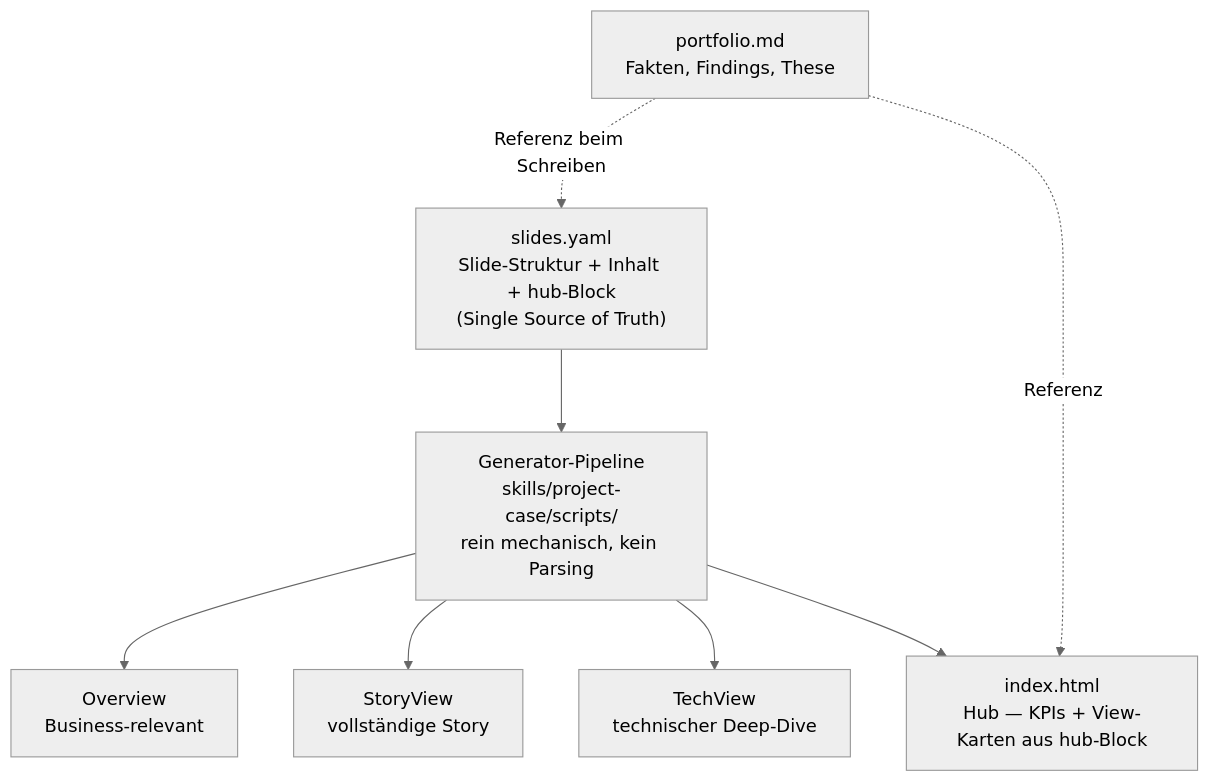
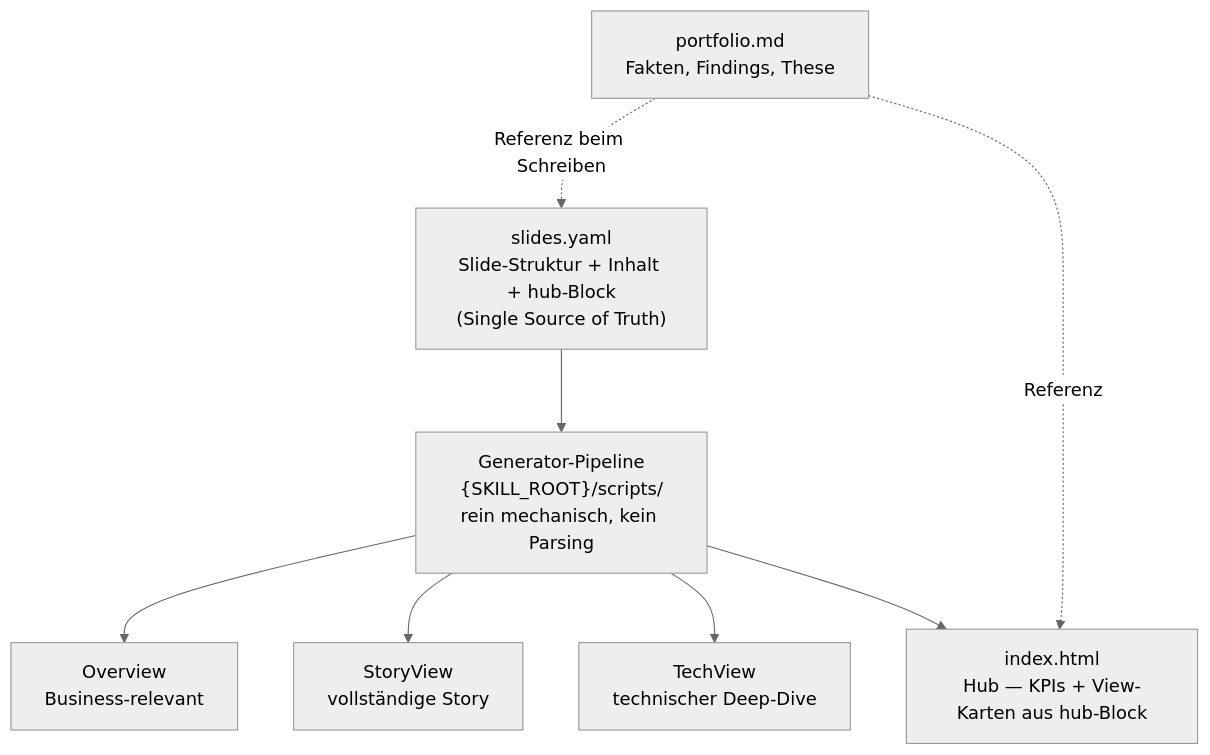
The diagram in project-case/build-pipeline.md (kaywiegand/wgnd-skills), drawn with Mermaid (neutral theme) before and after one commit. The commit also changed other lines of this file and 2 other files, not shown here.

First line of the commit message:
fix: complete SKILL_ROOT conversion, sync artifact model to real pipeline

````diff
--- a/project-case/build-pipeline.md
+++ b/project-case/build-pipeline.md
@@ -32,10 +32,10 @@
 ```mermaid
 flowchart TD
     A["portfolio.md<br/>Fakten, Findings, These"] -.Referenz beim Schreiben.-> B
     B["slides.yaml<br/>Slide-Struktur + Inhalt + hub-Block<br/>(Single Source of Truth)"] --> C
-    C["Generator-Pipeline<br/>skills/project-case/scripts/<br/>rein mechanisch, kein Parsing"] --> D["Overview<br/>Business-relevant"]
+    C["Generator-Pipeline<br/>{SKILL_ROOT}/scripts/<br/>rein mechanisch, kein Parsing"] --> D["Overview<br/>Business-relevant"]
     C --> E["StoryView<br/>vollständige Story"]
     C --> F["TechView<br/>technischer Deep-Dive"]
     C --> G["index.html<br/>Hub — KPIs + View-Karten aus hub-Block"]
     A -.Referenz.-> G
 ```
````
